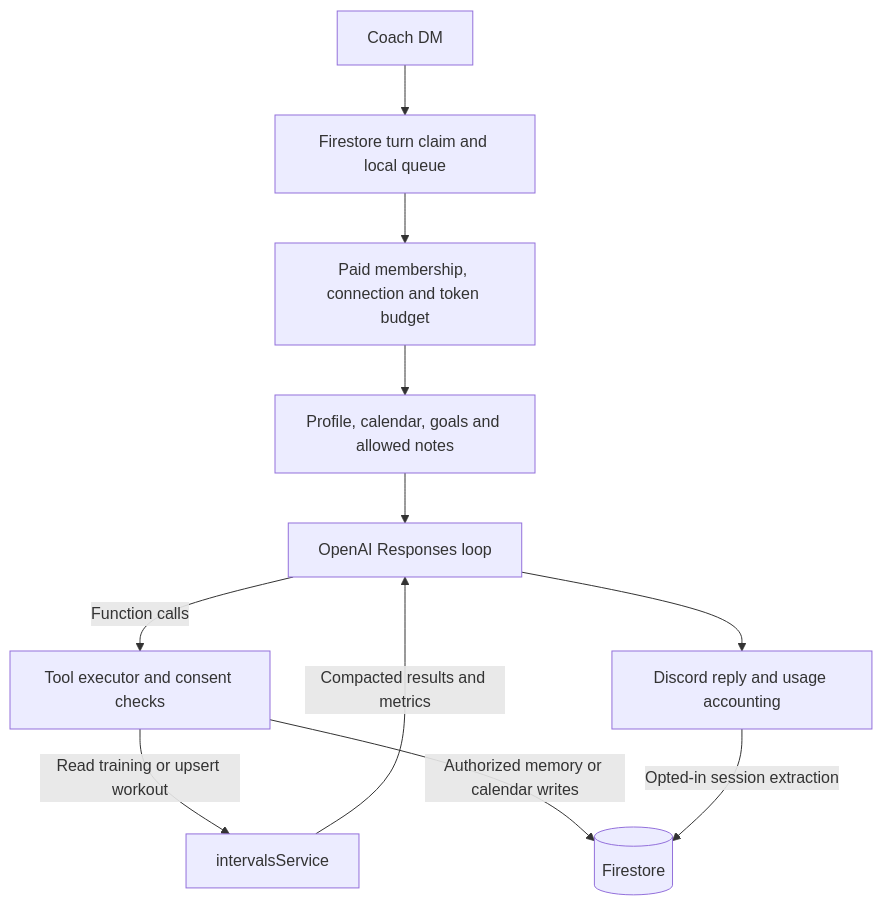
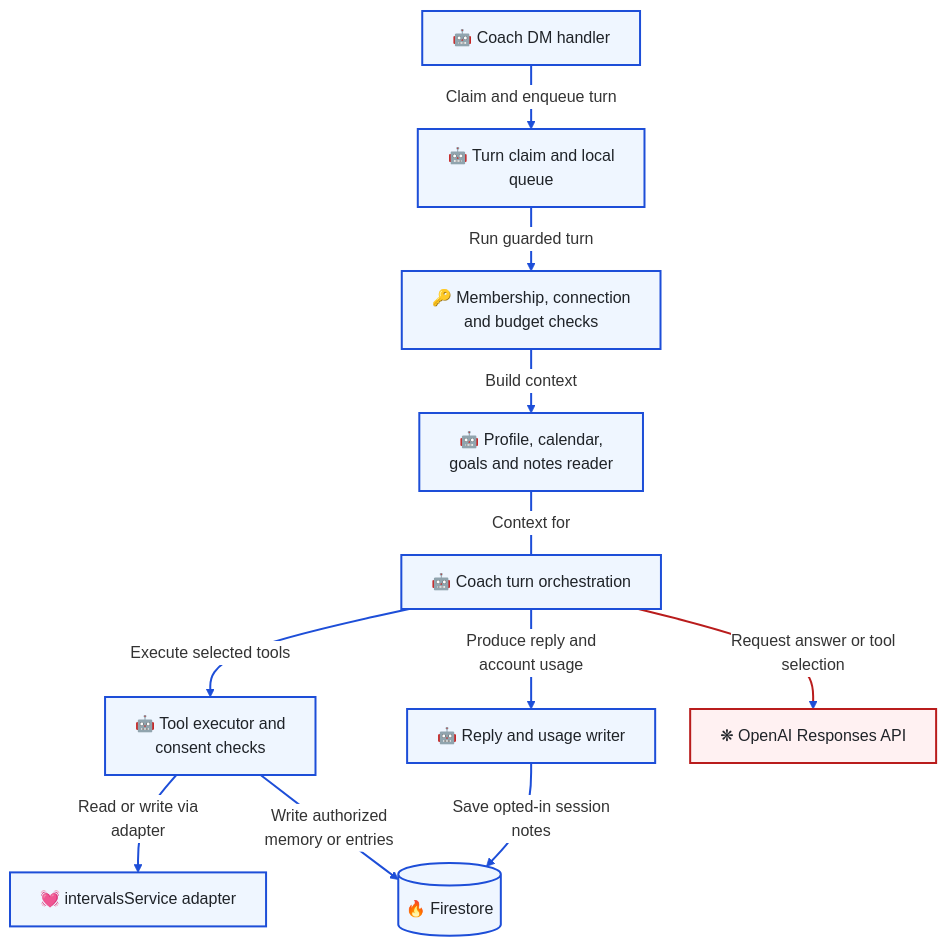
One commit to T00few2/dzr changed the second of 3 diagrams in docs/architecture/coach.md. Above: the diagram before and after it, drawn with Mermaid. The commit also changed other lines of this file and 15 other files, not shown here.

First line of the commit message:
docs: standardize Mermaid notation and map the technology stack

````diff
--- a/docs/architecture/coach.md
+++ b/docs/architecture/coach.md
@@ -50,13 +66,28 @@
 ```mermaid
+---
+config:
+  theme: base
+  themeVariables:
+    edgeLabelBackground: '#ffffff'
+  flowchart:
+    padding: 15
+    nodeSpacing: 35
+    rankSpacing: 40
+---
 flowchart TB
-    dm[Coach DM] --> claim[Firestore turn claim and local queue]
-    claim --> gate[Paid membership, connection and token budget]
-    gate --> prompt[Profile, calendar, goals and allowed notes]
-    prompt --> llm[OpenAI Responses loop]
-    llm -->|Function calls| tools[Tool executor and consent checks]
-    tools -->|Read training or upsert workout| intervals[intervalsService]
-    intervals -->|Compacted results and metrics| llm
-    tools -->|Authorized memory or calendar writes| store[(Firestore)]
-    llm --> reply[Discord reply and usage accounting]
-    reply -->|Opted-in session extraction| store
+    dm["🤖 Coach DM handler"] -->|Claim and enqueue turn| claim["🤖 Turn claim and local<br/>queue"]
+    claim -->|Run guarded turn| gate["🔑 Membership, connection<br/>and budget checks"]
+    gate -->|Build context| prompt["🤖 Profile, calendar,<br/>goals and notes reader"]
+    prompt ---|Context for| loop["🤖 Coach turn orchestration"]
+    loop -->|Execute selected tools| tools["🤖 Tool executor and<br/>consent checks"]
+    tools -->|Read or write via<br/>adapter| intervals["💓 intervalsService adapter"]
+    tools -->|Write authorized<br/>memory or entries| store[("🔥 Firestore")]
+    loop -->|Produce reply and<br/>account usage| reply["🤖 Reply and usage writer"]
+    reply -->|Save opted-in session<br/>notes| store
+    loop -->|Request answer or tool<br/>selection| ai["❋ OpenAI Responses API"]
+    classDef default fill:#eff6ff,stroke:#1d4ed8,stroke-width:2px,color:#1f2328
+    classDef external fill:#fff1f2,stroke:#b91c1c,stroke-width:2px,color:#1f2328
+    linkStyle default stroke:#1d4ed8,stroke-width:2px
+    class ai external
+    linkStyle 9 stroke:#b91c1c,stroke-width:2px
 ```
````
